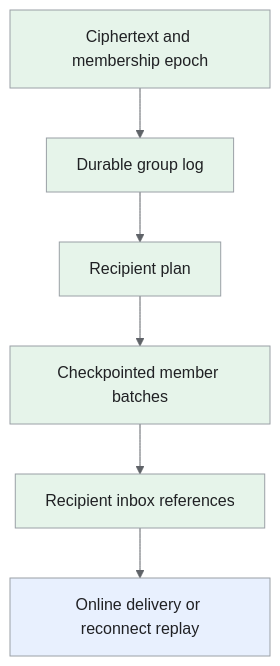
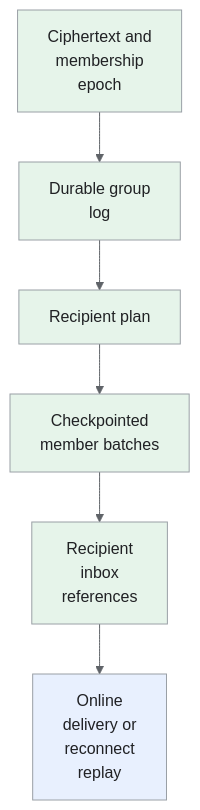
Before and after one commit to iliazlobin/iliazlobin.github.io: the fifth of 5 diagrams in _designs/system-design-whatsapp.md, drawn with Mermaid. The commit also changed other lines of this file and 116 other files, not shown here.

````diff
--- a/_designs/system-design-whatsapp.md
+++ b/_designs/system-design-whatsapp.md
@@ -292,15 +323,15 @@
 ```mermaid
-%%{init: {'theme':'base','themeVariables':{'primaryColor':'#e8f0fe','primaryTextColor':'#202124','primaryBorderColor':'#9aa0a6','lineColor':'#5f6368','secondaryColor':'#e6f4ea','tertiaryColor':'#fef7e0','actorBkg':'#e8f0fe','actorBorder':'#9aa0a6','actorTextColor':'#202124','noteBkgColor':'#fef7e0','noteTextColor':'#202124','noteBorderColor':'#9aa0a6','signalColor':'#5f6368','signalTextColor':'#202124','labelBoxBkgColor':'#fef7e0','labelBoxBorderColor':'#9aa0a6'}}}%%
+%%{init: {"theme":"base","themeVariables":{"primaryColor":"#e8f0fe","primaryBorderColor":"#9aa0a6","primaryTextColor":"#202124","secondaryColor":"#e6f4ea","tertiaryColor":"#fef7e0","lineColor":"#5f6368","actorBkg":"#e8f0fe","actorBorder":"#9aa0a6","actorTextColor":"#202124","noteBkgColor":"#fef7e0","noteBorderColor":"#9aa0a6","noteTextColor":"#202124","signalColor":"#5f6368","signalTextColor":"#202124"}}}%%
 flowchart TB
-  M["Ciphertext and membership epoch"] --> L["Durable group log"]
+  M["Ciphertext and<br>membership<br>epoch"] --> L["Durable group<br>log"]
   L --> P["Recipient plan"]
-  P --> B["Checkpointed member batches"]
-  B --> I["Recipient inbox references"]
-  I --> G["Online delivery or reconnect replay"]
+  P --> B["Checkpointed<br>member batches"]
+  B --> I["Recipient<br>inbox<br>references"]
+  I --> G["Online<br>delivery or<br>reconnect<br>replay"]
 classDef request fill:#e8f0fe,stroke:#9aa0a6,color:#202124;
 classDef data fill:#e6f4ea,stroke:#9aa0a6,color:#202124;
 classDef control fill:#fef7e0,stroke:#9aa0a6,color:#202124;
 class G request;
 class M,L,P,B,I data;
 
 ```
````
